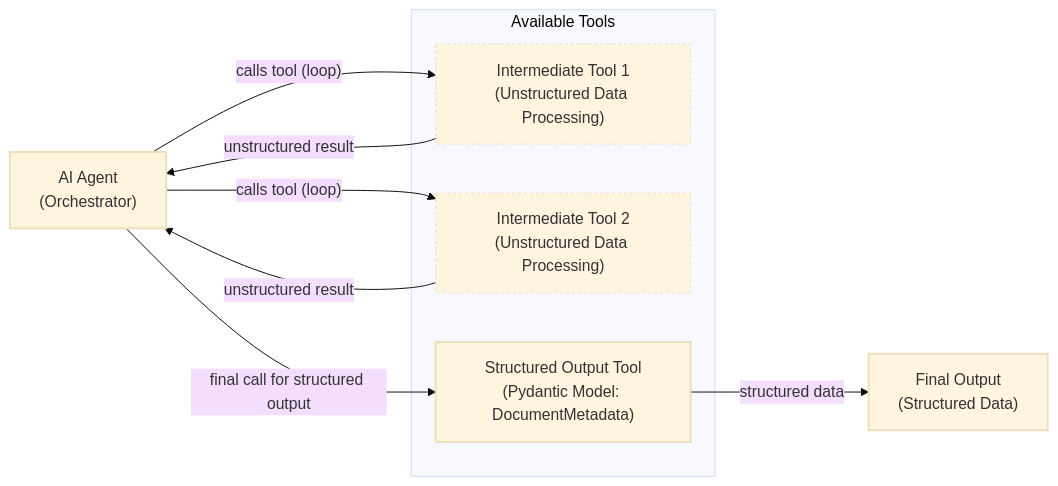
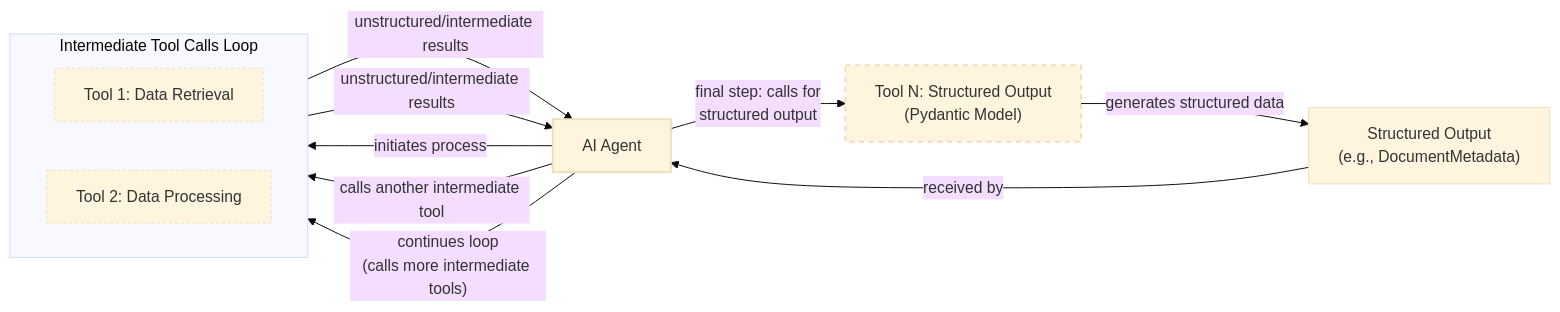
The second of 3 diagrams in RL_researcher_writer_ymaxing/rl_training_data/noise_experiment/06_tools__var_standard__replicate2__preset1/article_000.md (YMaXing/Research-Agent-reinforced-by-RL), drawn with Mermaid (base theme) before and after one commit. The commit also changed other lines of this file and 4528 other files, not shown here.

````diff
--- a/RL_researcher_writer_ymaxing/rl_training_data/noise_experiment/06_tools__var_standard__replicate2__preset1/article_000.md
+++ b/RL_researcher_writer_ymaxing/rl_training_data/noise_experiment/06_tools__var_standard__replicate2__preset1/article_000.md
@@ -713,31 +624,37 @@
 ```mermaid
 flowchart LR
-  %% AI Agent
-  AI["AI Agent<br/>(Orchestrator)"]
+  %% Nodes
+  A["AI Agent"]
+  SO["Structured Output<br/>(e.g., DocumentMetadata)"]
 
-  %% Tools
-  subgraph "Available Tools"
-    IT1["Intermediate Tool 1<br/>(Unstructured Data Processing)"]
-    IT2["Intermediate Tool 2<br/>(Unstructured Data Processing)"]
-    SOT["Structured Output Tool<br/>(Pydantic Model: DocumentMetadata)"]
+  subgraph "Intermediate Tool Calls Loop"
+    direction LR
+    IT1["Tool 1: Data Retrieval"]
+    IT2["Tool 2: Data Processing"]
   end
 
+  FST["Tool N: Structured Output<br/>(Pydantic Model)"]
+
   %% Flow
-  AI -- "calls tool (loop)" --> IT1
-  IT1 -- "unstructured result" --> AI
-  AI -- "calls tool (loop)" --> IT2
-  IT2 -- "unstructured result" --> AI
-  AI -- "final call for structured output" --> SOT
-  SOT -- "structured data" --> FO["Final Output<br/>(Structured Data)"]
+  A -- "initiates process" --> IT1
+  IT1 -- "unstructured/intermediate results" --> A
 
-  %% Visual differentiation
-  classDef agentNode stroke-width:2px
-  classDef intermediateToolNode stroke-dasharray:3,3
-  classDef structuredToolNode stroke-width:2px
-  classDef outputNode stroke-width:2px
+  A -- "calls another intermediate tool" --> IT2
+  IT2 -- "unstructured/intermediate results" --> A
 
-  class AI agentNode
-  class IT1,IT2 intermediateToolNode
-  class SOT structuredToolNode
-  class FO outputNode
+  %% Loop back to the start of intermediate calls
+  A -- "continues loop<br/>(calls more intermediate tools)" --> IT1
+
+  %% Final step in the loop
+  A -- "final step: calls for<br/>structured output" --> FST
+  FST -- "generates structured data" --> SO
+  SO -- "received by" --> A
+
+  %% Visual grouping
+  classDef agent stroke-width:2px
+  classDef intermediateTool stroke-dasharray:3,3
+  classDef finalTool stroke-width:2px,stroke-dasharray:5,5
+  class A agent
+  class IT1,IT2 intermediateTool
+  class FST finalTool
 ```
````
